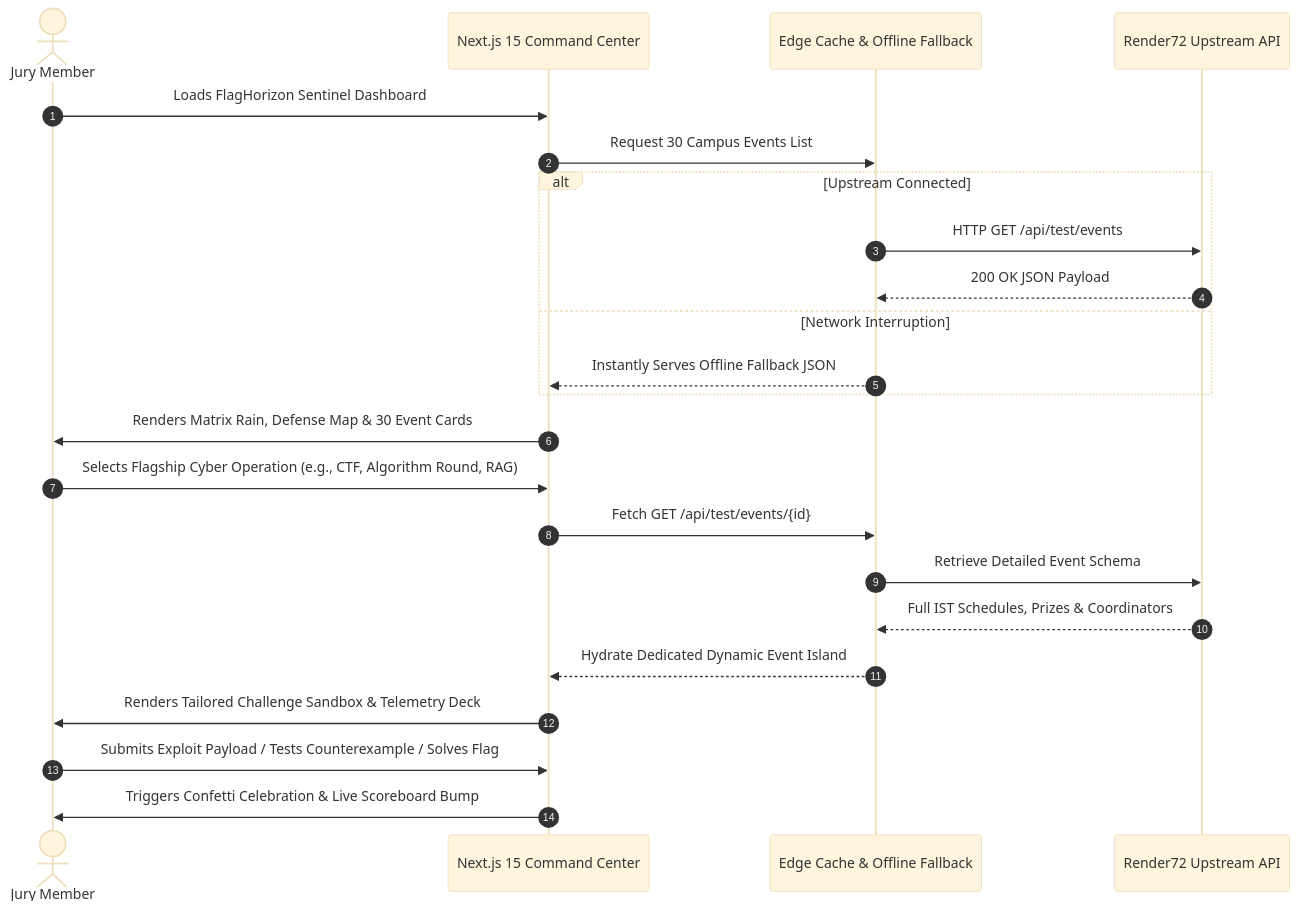
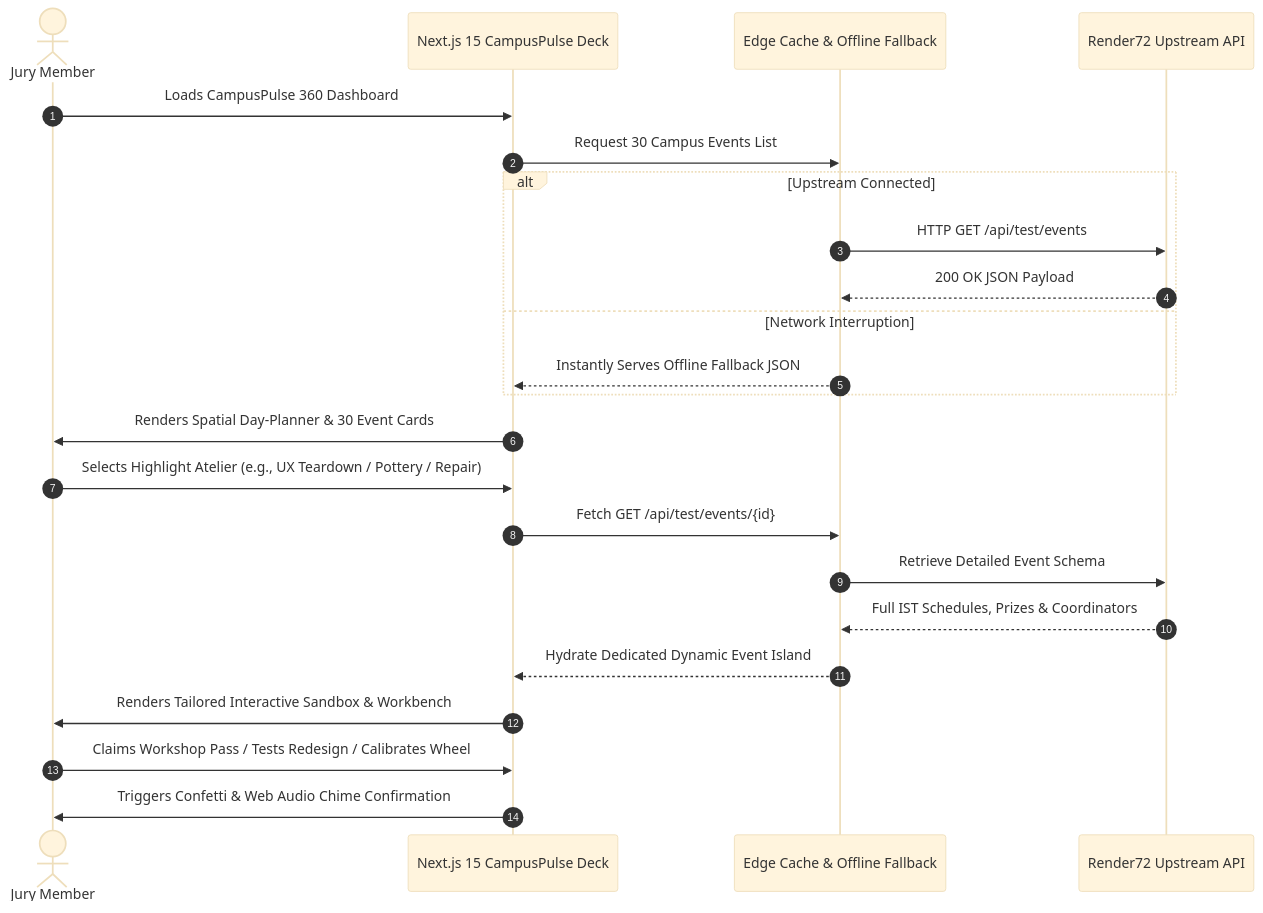
The second of 2 diagrams in README.md (sepas1609/render72-event-command-center), drawn with Mermaid (base theme) before and after one commit. The commit also changed other lines of this file and 16 other files, not shown here.

Commit message:
feat(submission-2): complete CampusPulse 360 with 100 Desktop / 93 Mobile Lighthouse and 6 creative ateliers

````diff
--- a/README.md
+++ b/README.md
@@ -47,26 +47,26 @@
 ```mermaid
 sequenceDiagram
     autonumber
     actor Judge as Jury Member
-    participant UI as Next.js 15 Command Center
+    participant UI as Next.js 15 CampusPulse Deck
     participant Cache as Edge Cache & Offline Fallback
     participant API as Render72 Upstream API
 
-    Judge->>UI: Loads FlagHorizon Sentinel Dashboard
+    Judge->>UI: Loads CampusPulse 360 Dashboard
     UI->>Cache: Request 30 Campus Events List
     alt Upstream Connected
         Cache->>API: HTTP GET /api/test/events
         API-->>Cache: 200 OK JSON Payload
     else Network Interruption
         Cache-->>UI: Instantly Serves Offline Fallback JSON
     end
-    UI->>Judge: Renders Matrix Rain, Defense Map & 30 Event Cards
-    Judge->>UI: Selects Flagship Cyber Operation (e.g., CTF, Algorithm Round, RAG)
+    UI->>Judge: Renders Spatial Day-Planner & 30 Event Cards
+    Judge->>UI: Selects Highlight Atelier (e.g., UX Teardown / Pottery / Repair)
     UI->>Cache: Fetch GET /api/test/events/{id}
     Cache->>API: Retrieve Detailed Event Schema
     API-->>Cache: Full IST Schedules, Prizes & Coordinators
     Cache-->>UI: Hydrate Dedicated Dynamic Event Island
-    UI->>Judge: Renders Tailored Challenge Sandbox & Telemetry Deck
-    Judge->>UI: Submits Exploit Payload / Tests Counterexample / Solves Flag
-    UI->>Judge: Triggers Confetti Celebration & Live Scoreboard Bump
+    UI->>Judge: Renders Tailored Interactive Sandbox & Workbench
+    Judge->>UI: Claims Workshop Pass / Tests Redesign / Calibrates Wheel
+    UI->>Judge: Triggers Confetti & Web Audio Chime Confirmation
 ```
````
